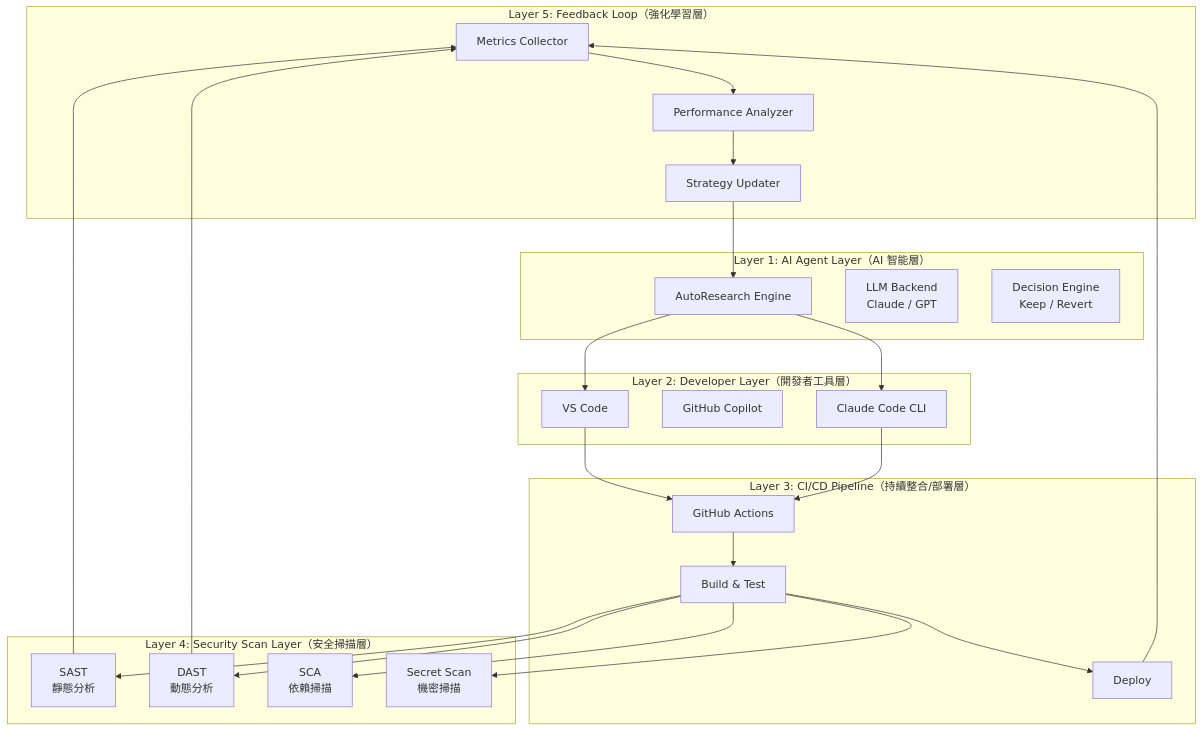
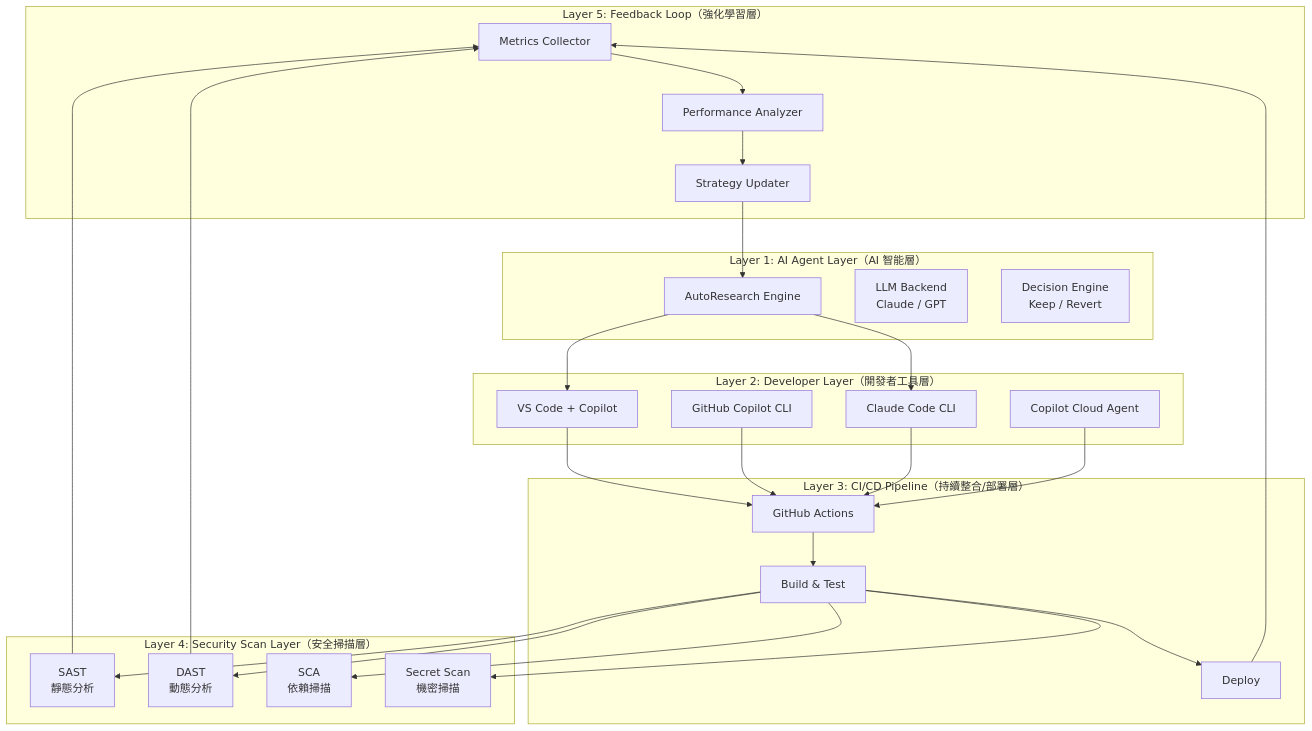
Before and after one commit to chihhung/Blog: the fourth of 33 diagrams in content/posts/教學/AI開發/AutoResearch 驅動 SSDLC（安全軟體開發生命週期）教學手冊.md, drawn with Mermaid. The commit also changed other lines of this file and 22 other files, not shown here.

````diff
--- a/content/posts/教學/AI開發/AutoResearch 驅動 SSDLC（安全軟體開發生命週期）教學手冊.md
+++ b/content/posts/教學/AI開發/AutoResearch 驅動 SSDLC（安全軟體開發生命週期）教學手冊.md
@@ -271,48 +293,51 @@
 ```mermaid
 graph TB
     subgraph "Layer 5: Feedback Loop（強化學習層）"
         FL1[Metrics Collector]
         FL2[Performance Analyzer]
         FL3[Strategy Updater]
         FL1 --> FL2 --> FL3
     end
 
     subgraph "Layer 4: Security Scan Layer（安全掃描層）"
         SS1[SAST<br>靜態分析]
         SS2[DAST<br>動態分析]
         SS3[SCA<br>依賴掃描]
         SS4[Secret Scan<br>機密掃描]
     end
 
     subgraph "Layer 3: CI/CD Pipeline（持續整合/部署層）"
         CI1[GitHub Actions]
         CI2[Build & Test]
         CI3[Deploy]
     end
 
     subgraph "Layer 2: Developer Layer（開發者工具層）"
-        DL1[VS Code]
-        DL2[GitHub Copilot]
+        DL1[VS Code + Copilot]
+        DL2[GitHub Copilot CLI]
         DL3[Claude Code CLI]
+        DL4[Copilot Cloud Agent]
     end
 
     subgraph "Layer 1: AI Agent Layer（AI 智能層）"
         AL1[AutoResearch Engine]
         AL2[LLM Backend<br>Claude / GPT]
         AL3[Decision Engine<br>Keep / Revert]
     end
 
     AL1 --> DL1
     AL1 --> DL3
     DL1 --> CI1
+    DL2 --> CI1
     DL3 --> CI1
+    DL4 --> CI1
     CI1 --> CI2 --> CI3
     CI2 --> SS1
     CI2 --> SS2
     CI2 --> SS3
     CI2 --> SS4
     SS1 --> FL1
     SS2 --> FL1
     CI3 --> FL1
     FL3 --> AL1
 ```
````
